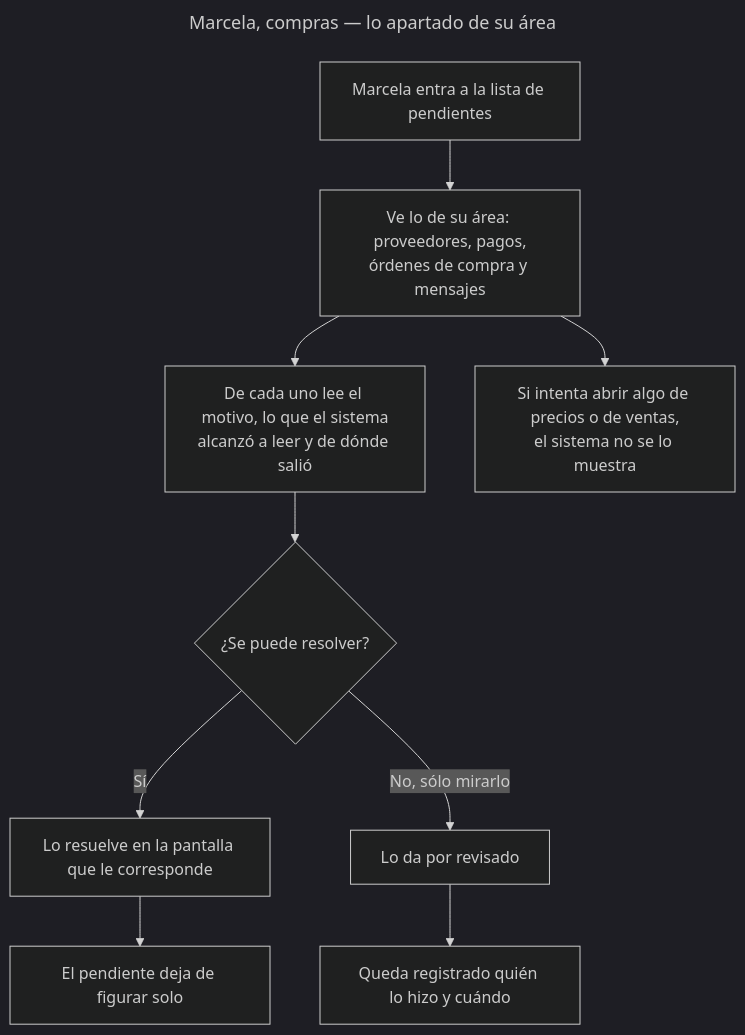
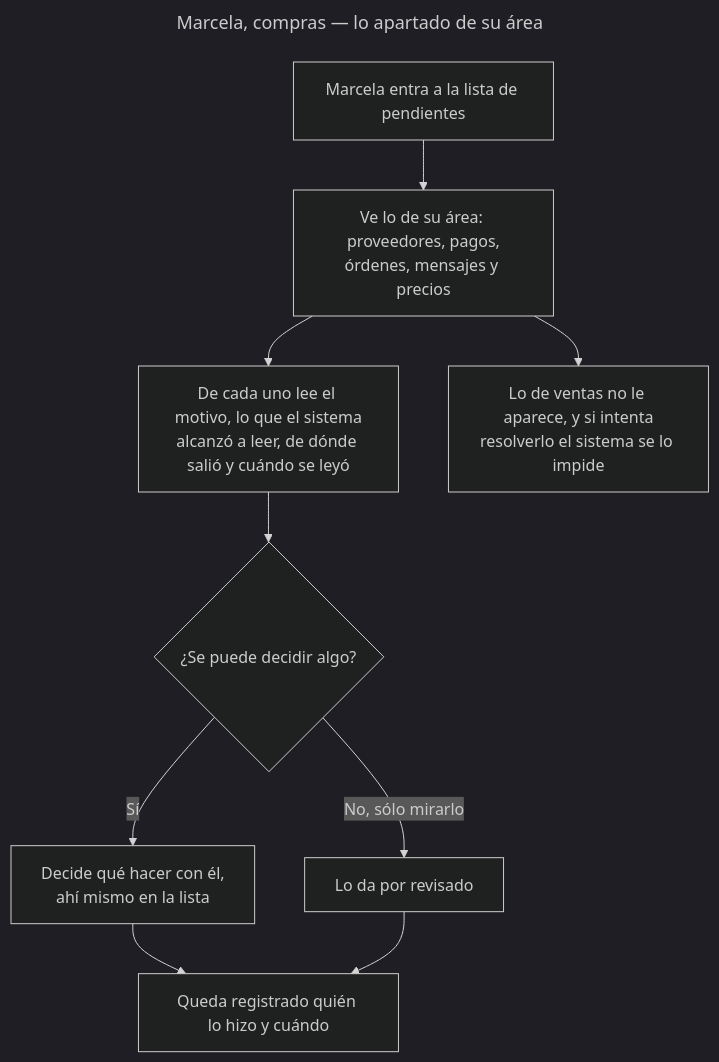
Before and after one commit to leandrocarriego/prueba-tecnica-fde-archytas: the fifth of 6 diagrams in docs/specs/011-set-aside-visibility/diagrams/README.md, drawn with Mermaid (dark theme). The commit also changed other lines of this file and 114 other files, not shown here.

````diff
--- a/docs/specs/011-set-aside-visibility/diagrams/README.md
+++ b/docs/specs/011-set-aside-visibility/diagrams/README.md
@@ -111,14 +113,14 @@
 ```mermaid
 ---
 title: Marcela, compras — lo apartado de su área
 ---
 flowchart TD
-    A["Marcela entra a la lista de pendientes"] --> B["Ve lo de su área: proveedores, pagos,<br/>órdenes de compra y mensajes"]
-    B --> C["De cada uno lee el motivo, lo que el sistema<br/>alcanzó a leer y de dónde salió"]
-    C --> D{"¿Se puede resolver?"}
-    D -->|Sí| E["Lo resuelve en la pantalla que le corresponde"]
-    E --> F["El pendiente deja de figurar solo"]
-    D -->|No, sólo mirarlo| G["Lo da por revisado"]
-    G --> H["Queda registrado quién lo hizo y cuándo"]
-    B --> I["Si intenta abrir algo de precios o de ventas,<br/>el sistema no se lo muestra"]
+    A["Marcela entra a la lista de pendientes"] --> B["Ve lo de su área: proveedores, pagos,<br/>órdenes, mensajes y precios"]
+    B --> C["De cada uno lee el motivo, lo que el sistema<br/>alcanzó a leer, de dónde salió y cuándo se leyó"]
+    C --> D{"¿Se puede decidir algo?"}
+    D -->|Sí| E["Decide qué hacer con él,<br/>ahí mismo en la lista"]
+    D -->|"No, sólo mirarlo"| F["Lo da por revisado"]
+    E --> G["Queda registrado quién lo hizo y cuándo"]
+    F --> G
+    B --> H["Lo de ventas no le aparece, y si intenta<br/>resolverlo el sistema se lo impide"]
 ```
````
